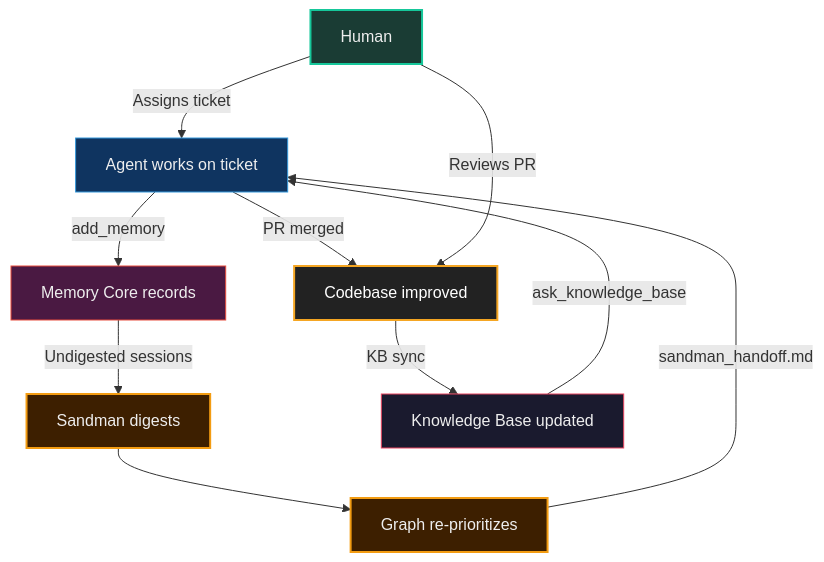
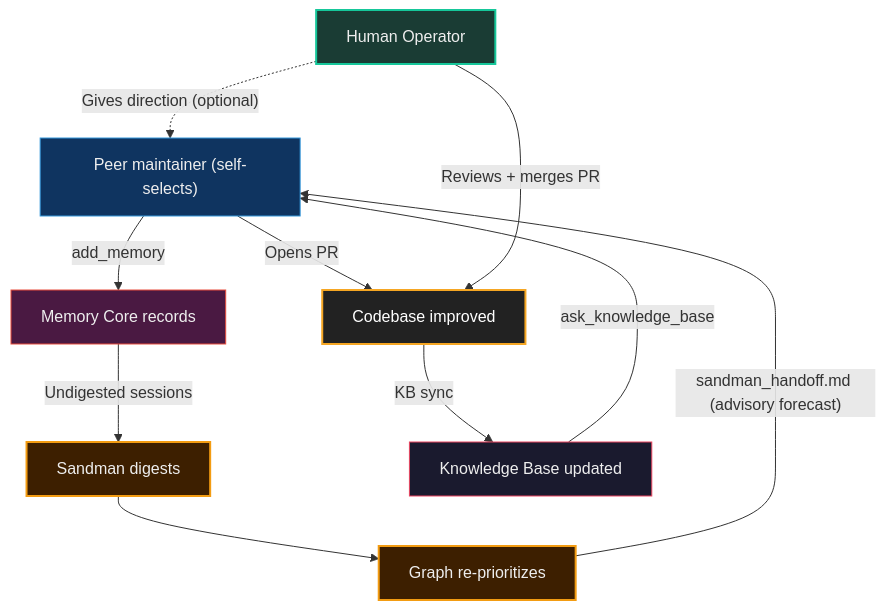
The sixth of 6 diagrams in learn/benefits/ArchitectureOverview.md (neomjs/neo), drawn with Mermaid before and after one commit. The commit also changed other lines of this file and 1 other file, not shown here.

Commit message:
docs: reframe closed-loop diagrams to advisory Golden Path + peer self-selection (#12662)

````diff
--- a/learn/benefits/ArchitectureOverview.md
+++ b/learn/benefits/ArchitectureOverview.md
@@ -317,27 +317,27 @@
 ```mermaid
 flowchart TD
     classDef human fill:#1a3c34,stroke:#16c79a,stroke-width:2px,color:#eee
     classDef agent fill:#0f3460,stroke:#3498db,stroke-width:1px,color:#eee
     classDef memory fill:#4a1942,stroke:#e74c3c,stroke-width:1px,color:#eee
     classDef dream fill:#3d1f00,stroke:#f39c12,stroke-width:2px,color:#eee
     classDef kb fill:#1a1a2e,stroke:#e94560,stroke-width:1px,color:#eee
     classDef code fill:#222,stroke:#f5a623,stroke-width:2px,color:#fff
 
-    Human["Human"]:::human
-    Agent["Agent works on ticket"]:::agent
+    Human["Human Operator"]:::human
+    Agent["Peer maintainer (self-selects)"]:::agent
     Memory["Memory Core records"]:::memory
     Dream["Sandman digests"]:::dream
     GraphNode["Graph re-prioritizes"]:::dream
     KB["Knowledge Base updated"]:::kb
     Code["Codebase improved"]:::code
 
-    Human -->|"Assigns ticket"| Agent
+    GraphNode -->|"sandman_handoff.md (advisory forecast)"| Agent
+    Human -.->|"Gives direction (optional)"| Agent
     Agent -->|"add_memory"| Memory
     Memory -->|"Undigested sessions"| Dream
     Dream --> GraphNode
-    GraphNode -->|"sandman_handoff.md"| Agent
-    Agent -->|"PR merged"| Code
+    Agent -->|"Opens PR"| Code
+    Human -->|"Reviews + merges PR"| Code
     Code -->|"KB sync"| KB
     KB -->|"ask_knowledge_base"| Agent
-    Human -->|"Reviews PR"| Code
 ```
````
